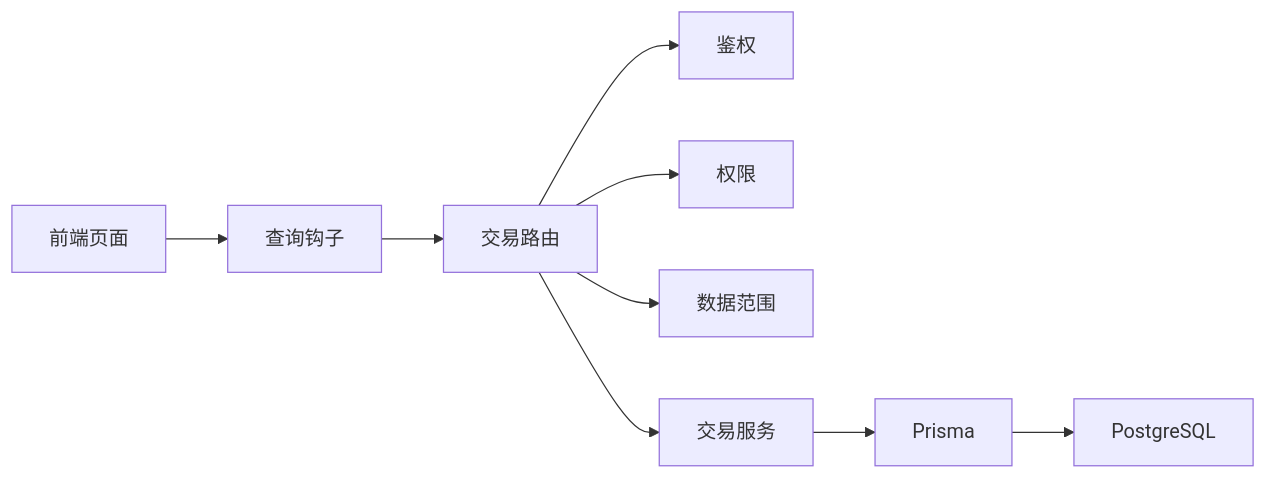
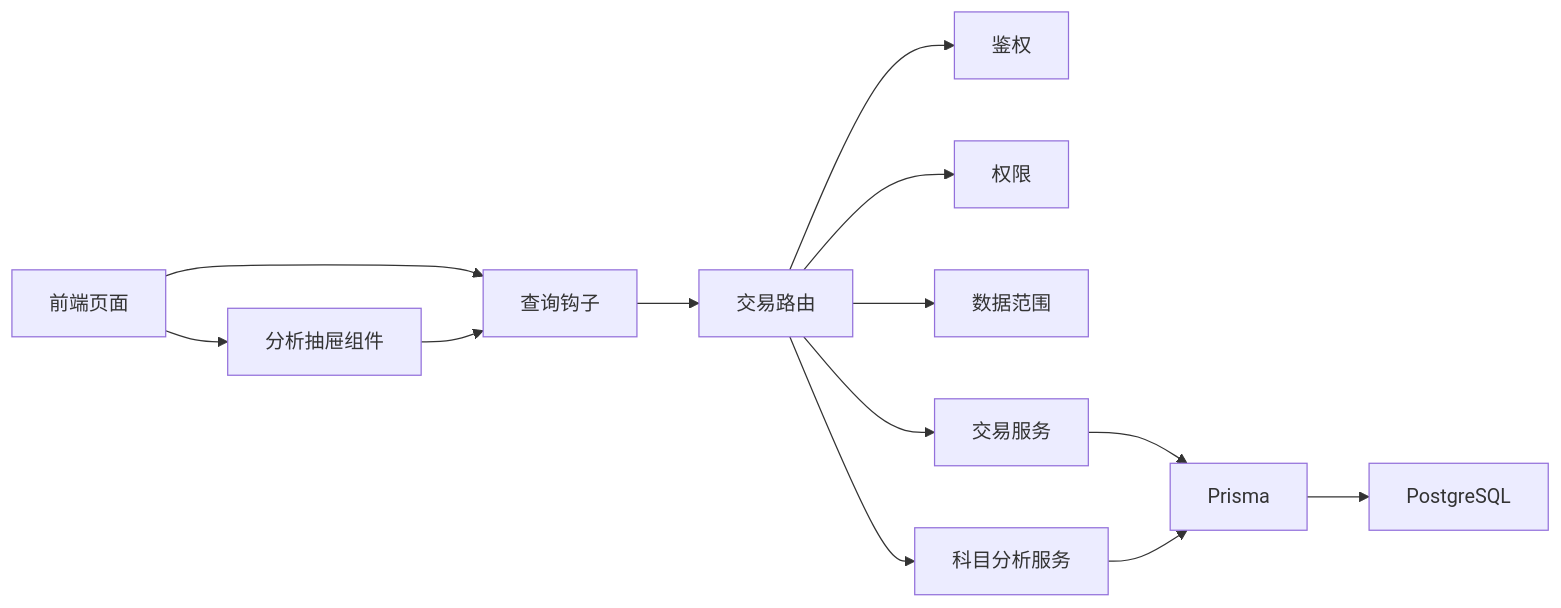
The tenth of 10 diagrams in .qoder/repowiki/zh/content/核心模块/交易分析模块.md (Damao997/newproject), drawn with Mermaid before and after one commit. The commit also changed other lines of this file and 26 other files, not shown here.

````diff
--- a/.qoder/repowiki/zh/content/核心模块/交易分析模块.md
+++ b/.qoder/repowiki/zh/content/核心模块/交易分析模块.md
@@ -353,11 +503,15 @@
 ```mermaid
 graph LR
-FE_Page["前端页面"] --> FE_Hooks["查询钩子"]
+FE_Page["前端页面"] --> FE_Drawer["分析抽屉组件"]
+FE_Page --> FE_Hooks["查询钩子"]
 FE_Hooks --> BE_Route["交易路由"]
+FE_Drawer --> FE_Hooks
 BE_Route --> BE_MW_Auth["鉴权"]
 BE_Route --> BE_MW_Permission["权限"]
 BE_Route --> BE_MW_Scope["数据范围"]
 BE_Route --> BE_Service["交易服务"]
+BE_Route --> BE_SubjectSvc["科目分析服务"]
 BE_Service --> BE_Prisma["Prisma"]
+BE_SubjectSvc --> BE_Prisma
 BE_Prisma --> DB["PostgreSQL"]
 ```
````
